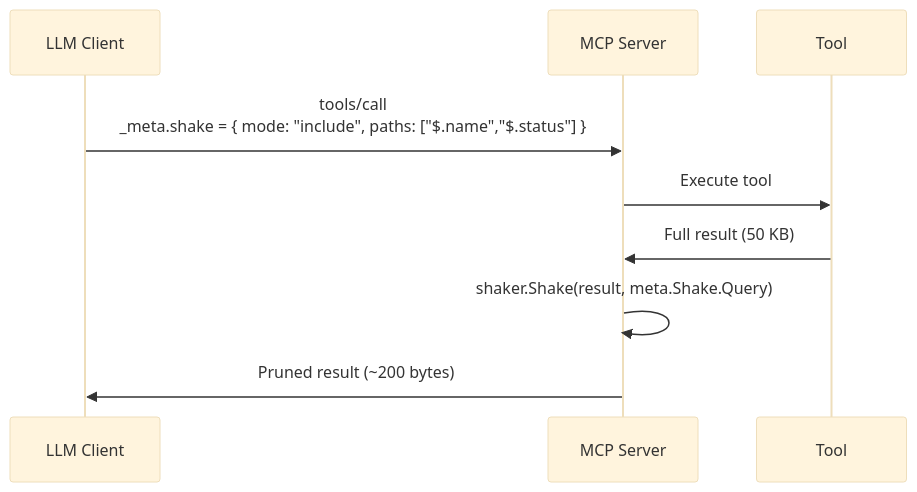
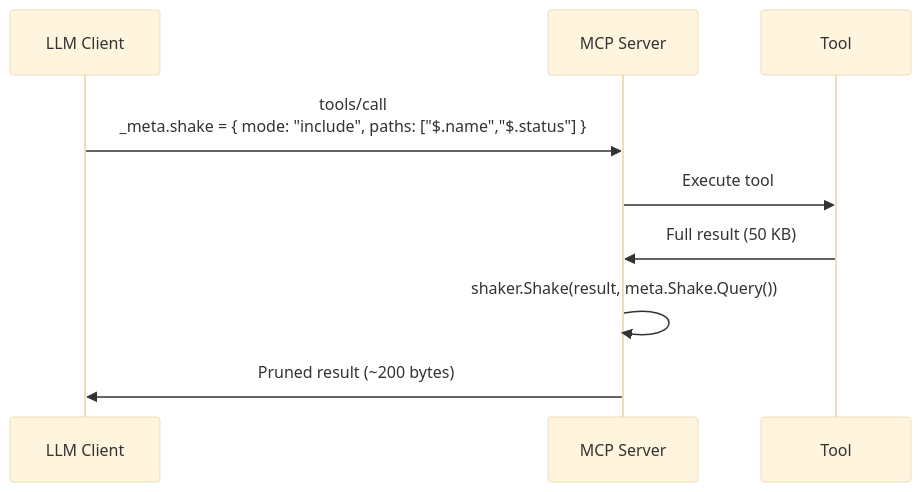
One commit to manuelibar/tree-shaker changed the diagram in docs/examples/mcp-integration.md. Above: the diagram before and after it, drawn with Mermaid (base theme). The commit also changed other lines of this file and 5 other files, not shown here.

````diff
--- a/docs/examples/mcp-integration.md
+++ b/docs/examples/mcp-integration.md
@@ -9,12 +9,12 @@
 ```mermaid
 sequenceDiagram
     participant LLM as LLM Client
     participant MCP as MCP Server
     participant Tool
 
     LLM->>MCP: tools/call<br/>_meta.shake = { mode: "include", paths: ["$.name","$.status"] }
     MCP->>Tool: Execute tool
     Tool->>MCP: Full result (50 KB)
-    MCP->>MCP: shaker.Shake(result, meta.Shake.Query)
+    MCP->>MCP: shaker.Shake(result, meta.Shake.Query())
     MCP->>LLM: Pruned result (~200 bytes)
 ```
````
